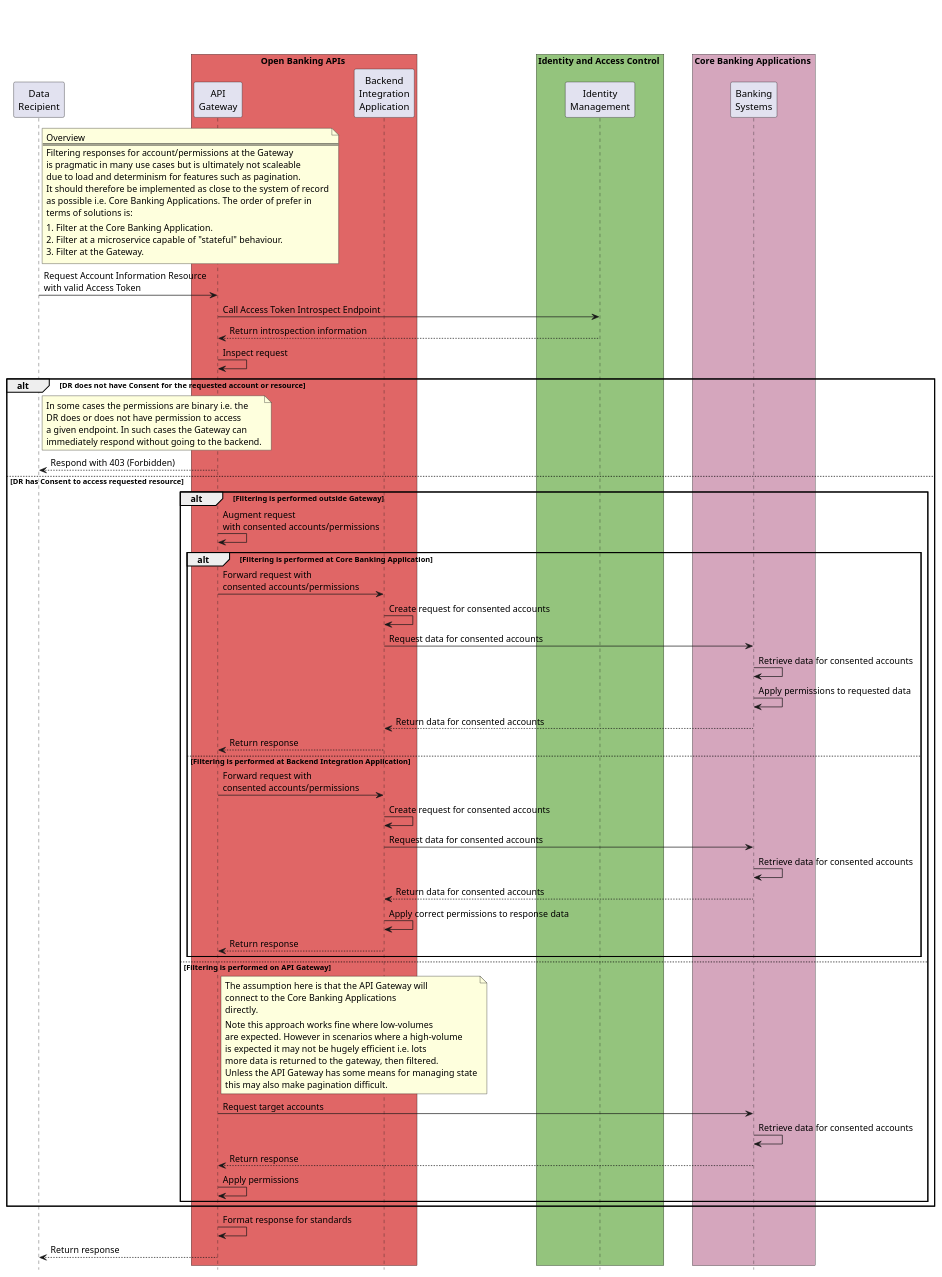
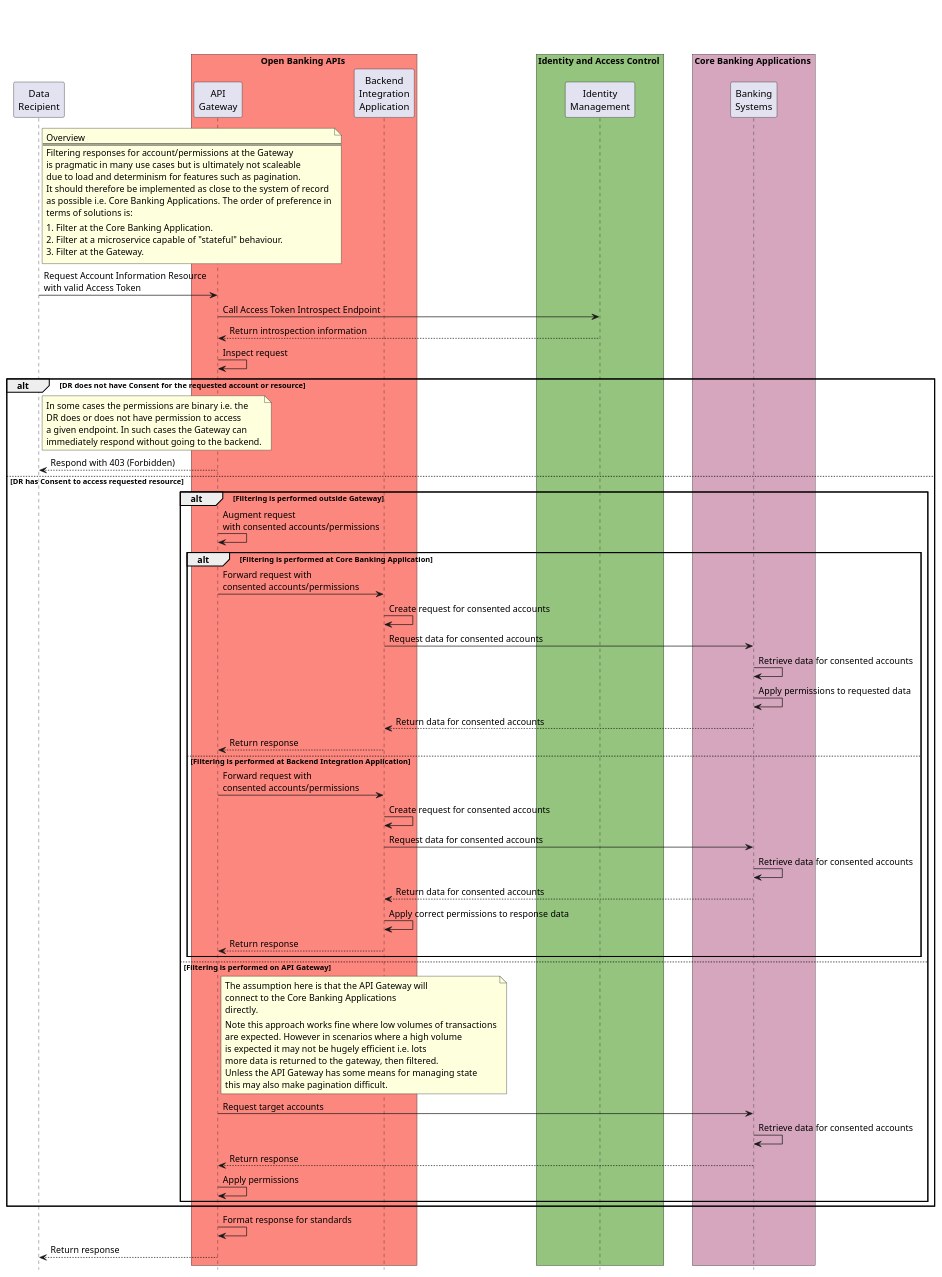
One commit to Axway/open-banking-docs changed the diagram in src/plant-uml/user-consent-filtering-arch-overview.puml. Above: the diagram before and after it, drawn with PlantUML. The commit also changed 51 other files, not shown here.

```diff
--- a/src/plant-uml/user-consent-filtering-arch-overview.puml
+++ b/src/plant-uml/user-consent-filtering-arch-overview.puml
@@ -1,109 +1,109 @@
 @startuml Applying_Consent_Sequence
 
 title \n\n
 
 participant "Data\nRecipient" as DR
 
-box Open Banking APIs #e06666 
+box Open Banking APIs #fc877e
 participant "API\nGateway" as API_GATEWAY
 participant "Backend\nIntegration\nApplication" as BIA
 end box
 
 box Identity and Access Control #94c47d
 participant "Identity\nManagement" as IAM
 end box
 
 box Core Banking Applications #d5a6bd
 participant "Banking\nSystems" as ASPSP_API
 end box
 
 hide footbox
 
 skinparam BoxPadding 20
 
 note right of DR
 Overview
 ===
 Filtering responses for account/permissions at the Gateway
 is pragmatic in many use cases but is ultimately not scaleable
 due to load and determinism for features such as pagination.
 It should therefore be implemented as close to the system of record
-as possible i.e. Core Banking Applications. The order of prefer in
+as possible i.e. Core Banking Applications. The order of preference in
 terms of solutions is:
 |||
 1. Filter at the Core Banking Application.
 2. Filter at a microservice capable of "stateful" behaviour.
 3. Filter at the Gateway.
 end note
 
 DR -> API_GATEWAY: Request Account Information Resource\nwith valid Access Token
 
 API_GATEWAY -> IAM: Call Access Token Introspect Endpoint
 API_GATEWAY <-- IAM: Return introspection information
 API_GATEWAY -> API_GATEWAY: Inspect request
 
 alt DR does not have Consent for the requested account or resource
 
 note right of DR
 In some cases the permissions are binary i.e. the
 DR does or does not have permission to access
 a given endpoint. In such cases the Gateway can
 immediately respond without going to the backend.
 end note
 
 DR <-- API_GATEWAY: Respond with 403 (Forbidden)
 
 else DR has Consent to access requested resource
 
 alt Filtering is performed outside Gateway
 API_GATEWAY -> API_GATEWAY: Augment request\nwith consented accounts/permissions
 
 alt Filtering is performed at Core Banking Application
 
 API_GATEWAY -> BIA: Forward request with\nconsented accounts/permissions
 BIA -> BIA: Create request for consented accounts
 BIA -> ASPSP_API: Request data for consented accounts
 ASPSP_API -> ASPSP_API: Retrieve data for consented accounts
 ASPSP_API -> ASPSP_API: Apply permissions to requested data
 BIA <-- ASPSP_API: Return data for consented accounts
 API_GATEWAY <-- BIA: Return response
 
 else Filtering is performed at Backend Integration Application
 
 API_GATEWAY -> BIA: Forward request with\nconsented accounts/permissions
 BIA -> BIA: Create request for consented accounts
 BIA -> ASPSP_API: Request data for consented accounts
 ASPSP_API -> ASPSP_API: Retrieve data for consented accounts
 BIA <-- ASPSP_API: Return data for consented accounts
 BIA -> BIA: Apply correct permissions to response data
 API_GATEWAY <-- BIA: Return response
 
 end alt
 
 else Filtering is performed on API Gateway
 
 note right of API_GATEWAY
 The assumption here is that the API Gateway will
 connect to the Core Banking Applications 
 directly.
 |||
-Note this approach works fine where low-volumes
-are expected. However in scenarios where a high-volume
+Note this approach works fine where low volumes of transactions
+are expected. However in scenarios where a high volume
 is expected it may not be hugely efficient i.e. lots
 more data is returned to the gateway, then filtered.
 Unless the API Gateway has some means for managing state
 this may also make pagination difficult.
 end note
 
 API_GATEWAY -> ASPSP_API: Request target accounts
 ASPSP_API -> ASPSP_API: Retrieve data for consented accounts
 API_GATEWAY <-- ASPSP_API: Return response
 API_GATEWAY -> API_GATEWAY: Apply permissions
 
 end alt
 end alt
 
 API_GATEWAY -> API_GATEWAY: Format response for standards
 DR <-- API_GATEWAY: Return response
 
 @enduml
```
